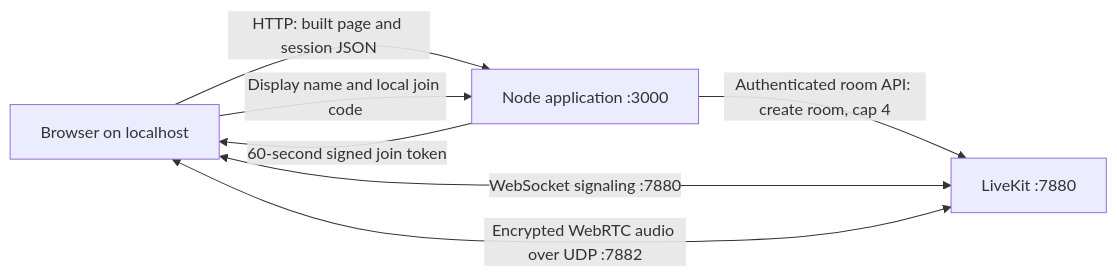
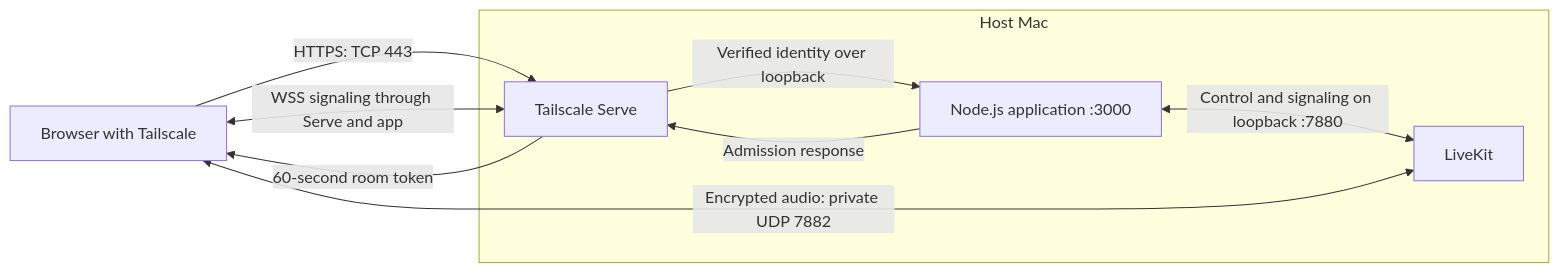
One commit to V1cksy/pink-party changed the diagram in README.md. Above: the diagram before and after it, drawn with Mermaid. The commit also changed other lines of this file and 1 other file, not shown here.

````diff
--- a/README.md
+++ b/README.md
@@ -50,9 +44,12 @@
 ```mermaid
 flowchart LR
-    B[Browser on localhost] -->|HTTP: built page and session JSON| A[Node application :3000]
-    B -->|Display name and local join code| A
-    A -->|Authenticated room API: create room, cap 4| L[LiveKit :7880]
-    A -->|60-second signed join token| B
-    B <-->|WebSocket signaling :7880| L
-    B <-->|Encrypted WebRTC audio over UDP :7882| L
+    B[Browser with Tailscale] -->|HTTPS: TCP 443| S[Tailscale Serve]
+    subgraph Mac[Host Mac]
+        S -->|Verified identity over loopback| A[Node.js application :3000]
+        A <-->|Control and signaling on loopback :7880| L[LiveKit]
+    end
+    A -->|Admission response| S
+    S -->|60-second room token| B
+    B <-->|WSS signaling through Serve and app| S
+    B <-->|Encrypted audio: private UDP 7882| L
 ```
````
